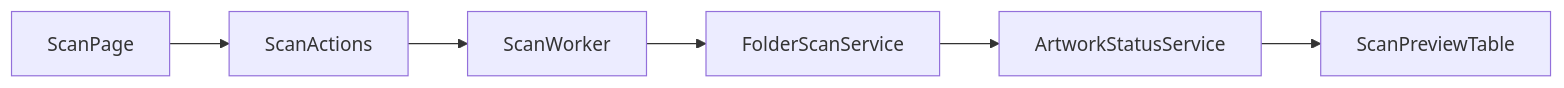
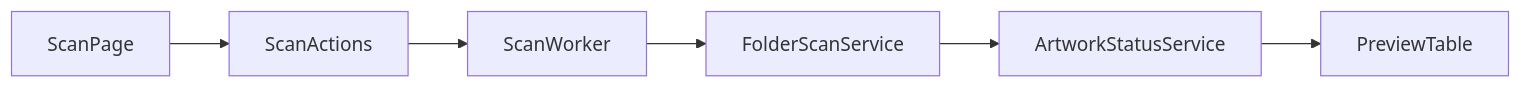
One commit to PKT0623/PixivLocalManager changed the fourth of 14 diagrams in docs/07_ARCHITECTURE.md. Above: the diagram before and after it, drawn with Mermaid. The commit also changed other lines of this file and 10 other files, not shown here.

````diff
--- a/docs/07_ARCHITECTURE.md
+++ b/docs/07_ARCHITECTURE.md
@@ -316,10 +299,10 @@
-```mermaid id="jlkpmk"
+```mermaid
 flowchart LR
 
 ScanPage
 --> ScanActions
 --> ScanWorker
 --> FolderScanService
 --> ArtworkStatusService
---> ScanPreviewTable
+--> PreviewTable
 ```
````
